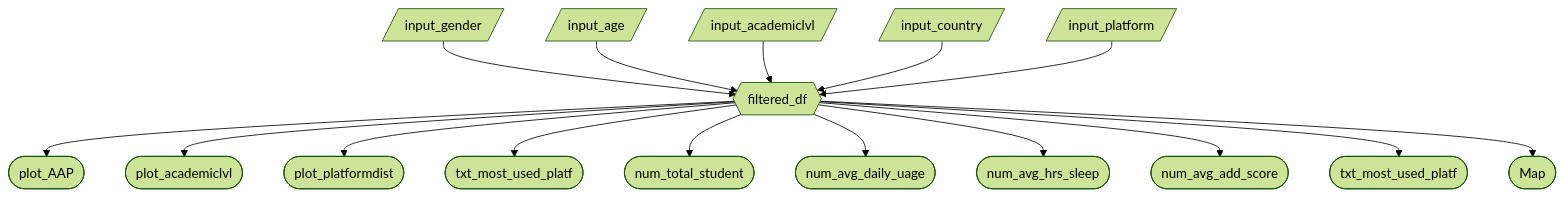
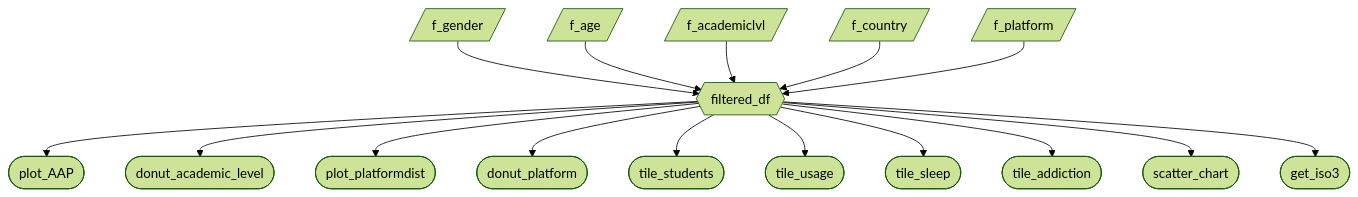
One commit to UBC-MDS/DSCI-532_2026_30_foobar changed the diagram in reports/m2_spec.md. Above: the diagram before and after it, drawn with Mermaid (forest theme). The commit also changed other lines of this file, not shown here.

Commit message:
updated IDs

````diff
--- a/reports/m2_spec.md
+++ b/reports/m2_spec.md
@@ -38,18 +38,18 @@
 ```mermaid
 flowchart TD
-  A[/input_gender/] --> F{{filtered_df}}
-  B[/input_age/] --> F
-  C[/input_academiclvl/] --> F
-  D[/input_country/] --> F
-  E[/input_platform/] --> F
+  A[/f_gender/] --> F{{filtered_df}}
+  B[/f_age/] --> F
+  C[/f_academiclvl/] --> F
+  D[/f_country/] --> F
+  E[/f_platform/] --> F
   F --> P1([plot_AAP])
-  F --> P2([plot_academiclvl])
+  F --> P2([donut_academic_level])
   F --> P3([plot_platformdist])
-  F --> P4([txt_most_used_platf])
-  F --> P5([num_total_student])
-  F --> P6([num_avg_daily_uage])
-  F --> P7([num_avg_hrs_sleep])
-  F --> P8([num_avg_add_score])
-  F --> P9([txt_most_used_platf])
-  F --> P10([Map])
+  F --> P4([donut_platform])
+  F --> P5([tile_students])
+  F --> P6([tile_usage])
+  F --> P7([tile_sleep])
+  F --> P8([tile_addiction])
+  F --> P9([scatter_chart])
+  F --> P10([get_iso3])
 ```
````
